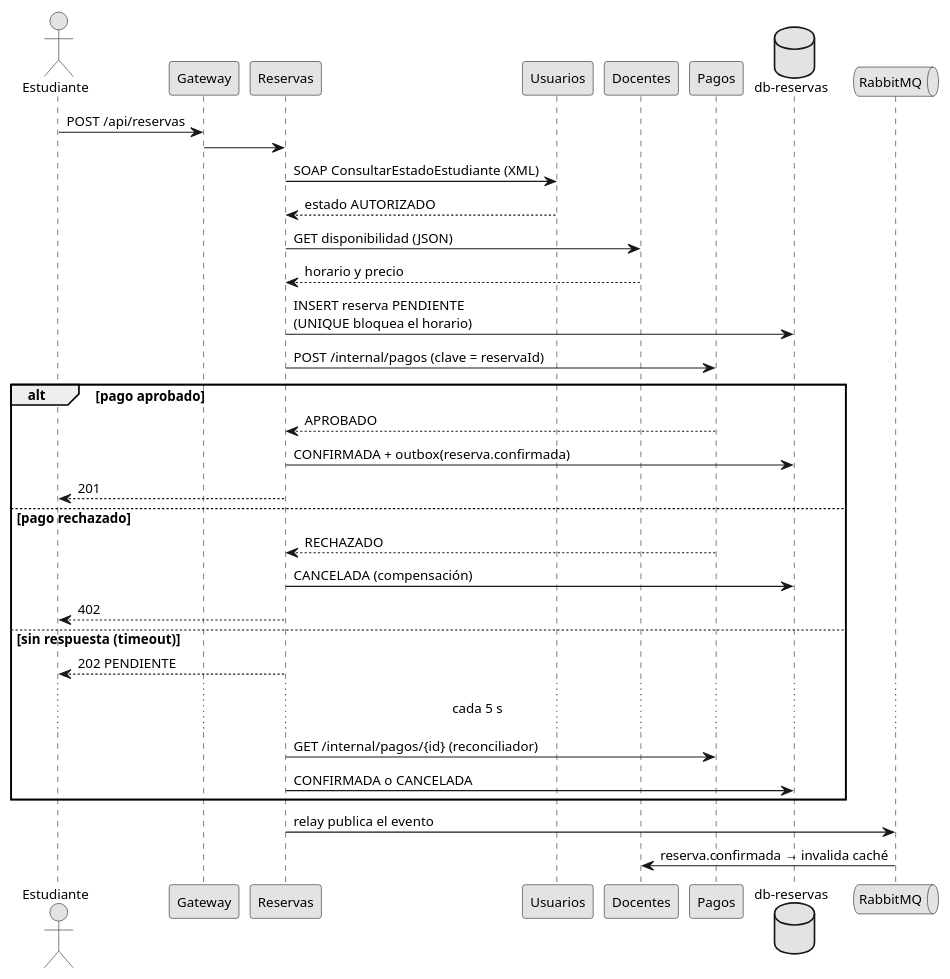
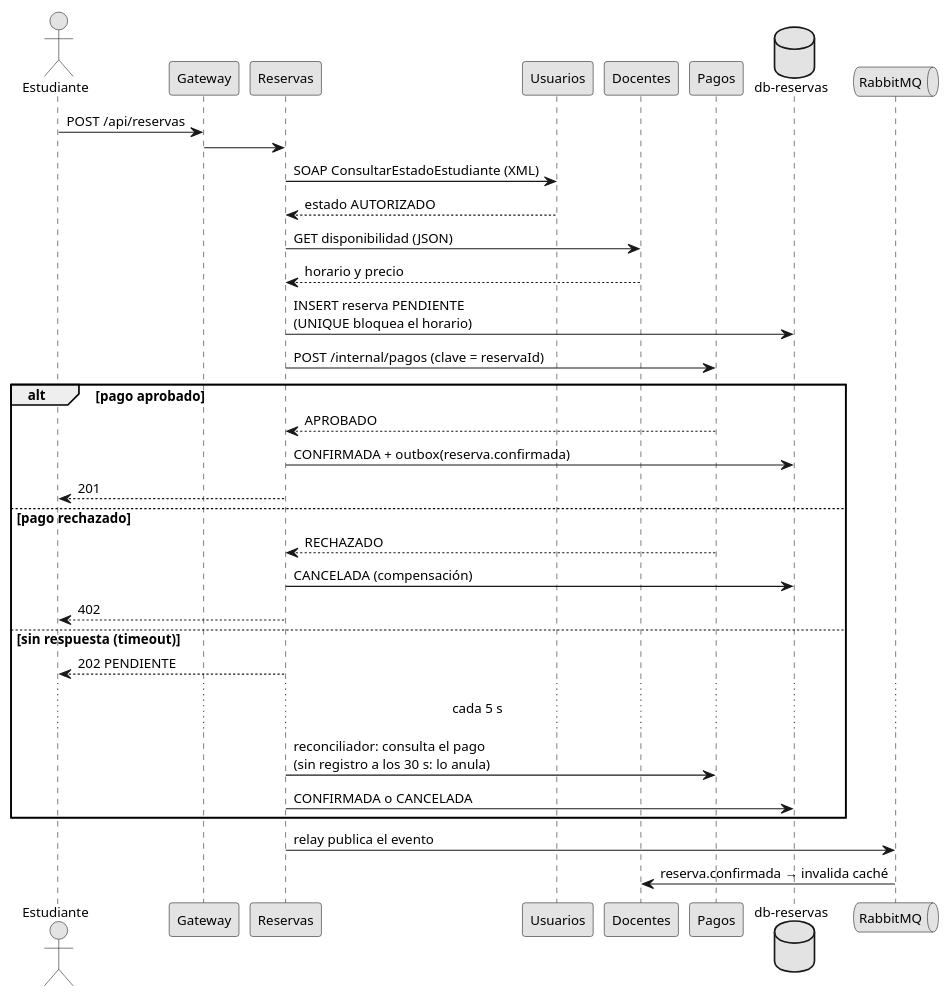
Before and after one commit to SebastianCuneo/tutorYA: the diagram in docs/ut5/secuencia_reserva.puml, drawn with PlantUML. The commit also changed 1 other file, not shown here.

Commit message:
UT5: secuencia de reserva con la anulación del reconciliador
Claude-Session: https://claude.ai/code/session_01Mu2WUyvK3Cd1Sy9WUUAcde

```diff
--- a/docs/ut5/secuencia_reserva.puml
+++ b/docs/ut5/secuencia_reserva.puml
@@ -1,41 +1,41 @@
 @startuml secuencia_reserva
 skinparam monochrome true
 skinparam shadowing false
 skinparam defaultFontName Arial
 skinparam defaultFontSize 12
 skinparam backgroundColor white
 
 actor Estudiante
 participant Gateway
 participant Reservas
 participant Usuarios
 participant Docentes
 participant Pagos
 database "db-reservas" as DB
 queue RabbitMQ
 
 Estudiante -> Gateway : POST /api/reservas
 Gateway -> Reservas
 Reservas -> Usuarios : SOAP ConsultarEstadoEstudiante (XML)
 Usuarios --> Reservas : estado AUTORIZADO
 Reservas -> Docentes : GET disponibilidad (JSON)
 Docentes --> Reservas : horario y precio
 Reservas -> DB : INSERT reserva PENDIENTE\n(UNIQUE bloquea el horario)
 Reservas -> Pagos : POST /internal/pagos (clave = reservaId)
 alt pago aprobado
   Pagos --> Reservas : APROBADO
   Reservas -> DB : CONFIRMADA + outbox(reserva.confirmada)
   Reservas --> Estudiante : 201
 else pago rechazado
   Pagos --> Reservas : RECHAZADO
   Reservas -> DB : CANCELADA (compensación)
   Reservas --> Estudiante : 402
 else sin respuesta (timeout)
   Reservas --> Estudiante : 202 PENDIENTE
   ... cada 5 s ...
-  Reservas -> Pagos : GET /internal/pagos/{id} (reconciliador)
+  Reservas -> Pagos : reconciliador: consulta el pago\n(sin registro a los 30 s: lo anula)
   Reservas -> DB : CONFIRMADA o CANCELADA
 end
 Reservas -> RabbitMQ : relay publica el evento
 RabbitMQ -> Docentes : reserva.confirmada → invalida caché
 @enduml
```
